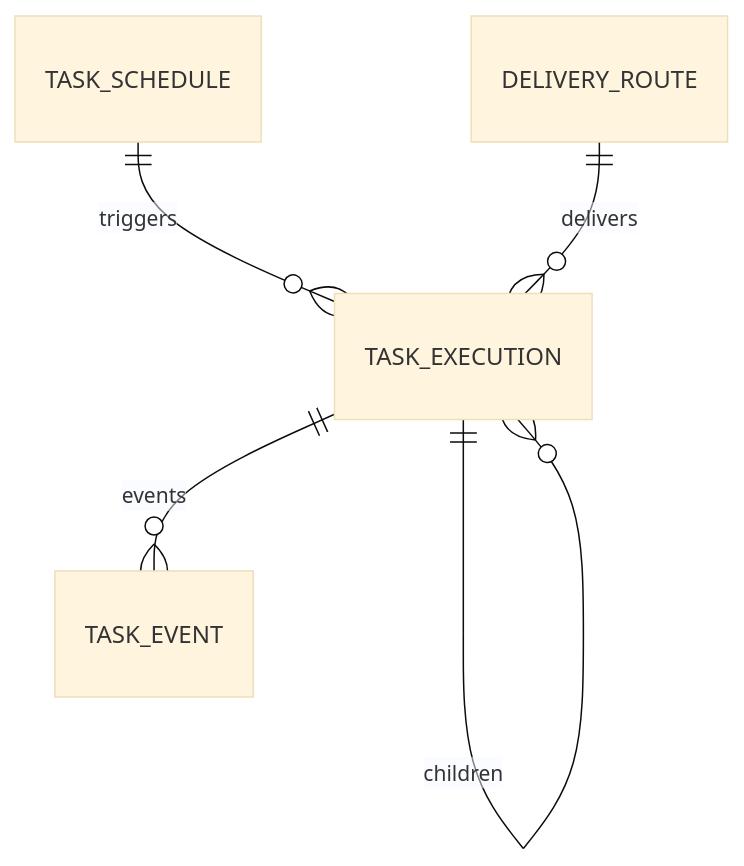
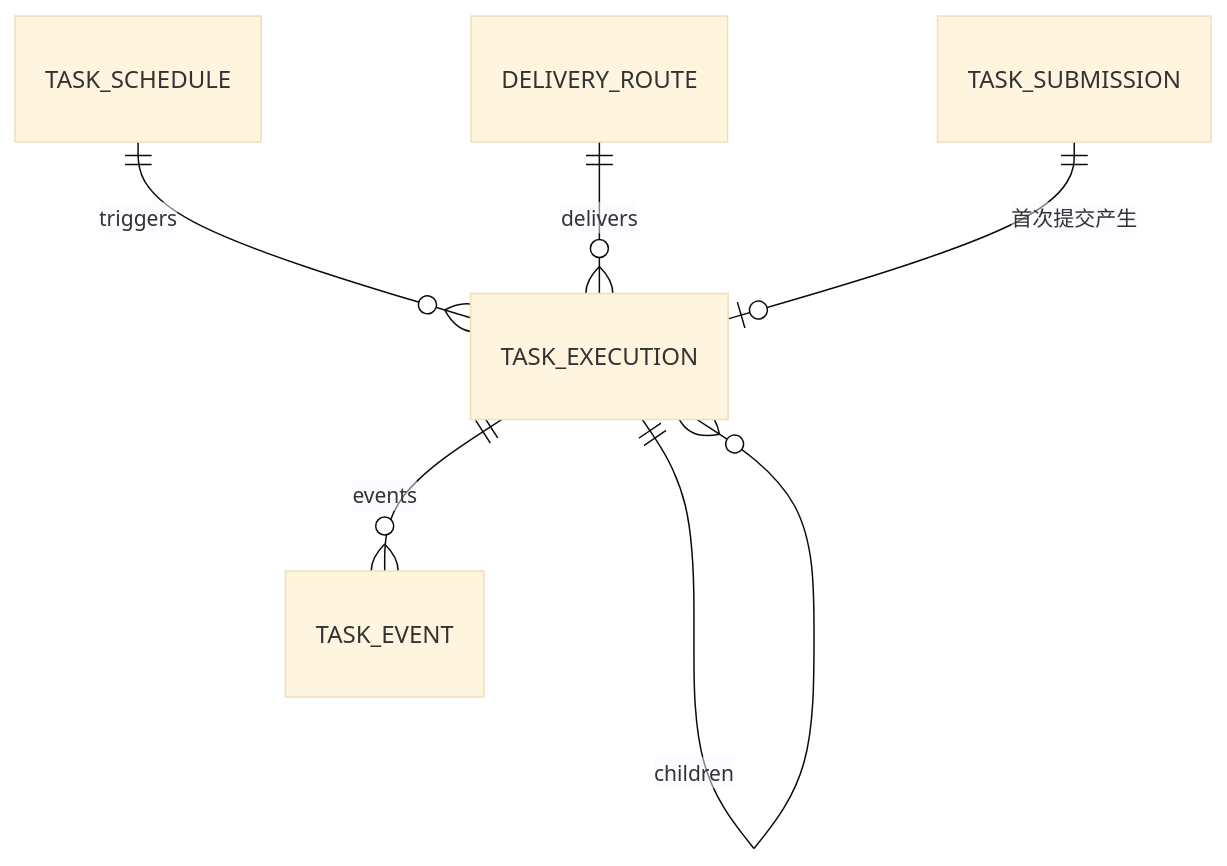
One commit to Michaelxwb/fluxion-harness changed the third of 3 diagrams in .code-flow/tasks/2026-09-17/09-task-schedule/09-task-schedule.backend.design.md. Above: the diagram before and after it, drawn with Mermaid (base theme). The commit also changed other lines of this file and 4 other files, not shown here.

````diff
--- a/.code-flow/tasks/2026-09-17/09-task-schedule/09-task-schedule.backend.design.md
+++ b/.code-flow/tasks/2026-09-17/09-task-schedule/09-task-schedule.backend.design.md
@@ -501,7 +507,8 @@
 ```mermaid
 erDiagram
  TASK_SCHEDULE ||--o{ TASK_EXECUTION : triggers
  DELIVERY_ROUTE ||--o{ TASK_EXECUTION : delivers
  TASK_EXECUTION ||--o{ TASK_EXECUTION : children
  TASK_EXECUTION ||--o{ TASK_EVENT : events
+ TASK_SUBMISSION ||--o| TASK_EXECUTION : "首次提交产生"
 ```
````
